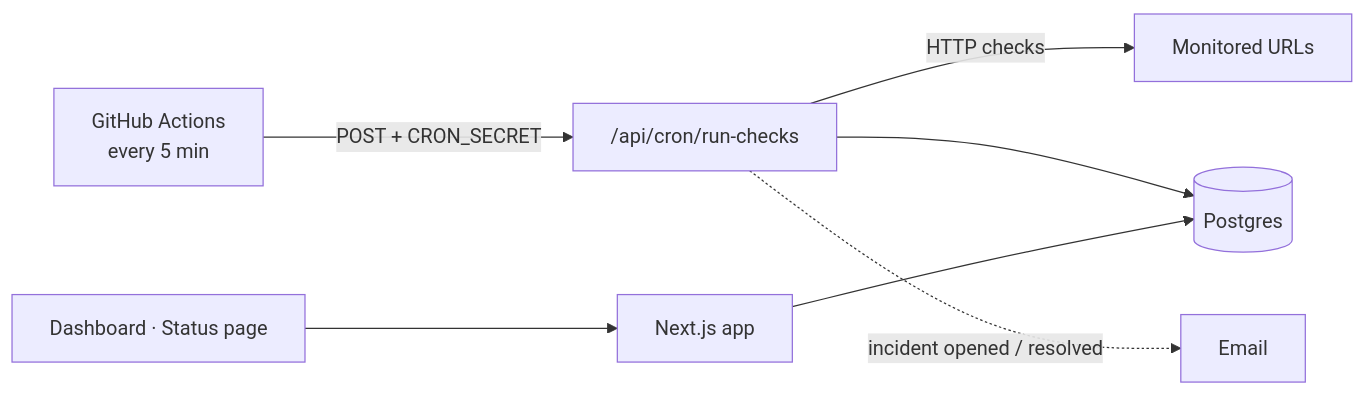
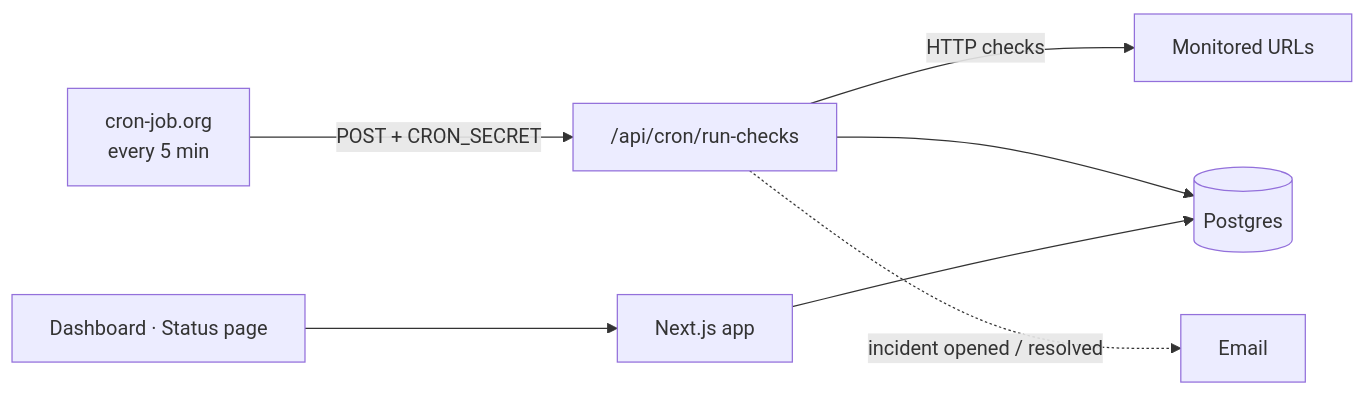
Before and after one commit to chrismoussounda/status-pulse: the diagram in README.md, drawn with Mermaid. The commit also changed other lines of this file and 3 other files, not shown here.

Commit message:
fix(checks): move scheduling to an external cron service

````diff
--- a/README.md
+++ b/README.md
@@ -33,8 +33,8 @@
 ```mermaid
 flowchart LR
-    Cron["GitHub Actions<br/>every 5 min"] -->|"POST + CRON_SECRET"| API["/api/cron/run-checks"]
+    Cron["cron-job.org<br/>every 5 min"] -->|"POST + CRON_SECRET"| API["/api/cron/run-checks"]
     API -->|HTTP checks| Targets["Monitored URLs"]
     API --> DB[("Postgres")]
     API -.->|incident opened / resolved| Resend["Email"]
     Browser["Dashboard · Status page"] --> App["Next.js app"] --> DB
 ```
````
